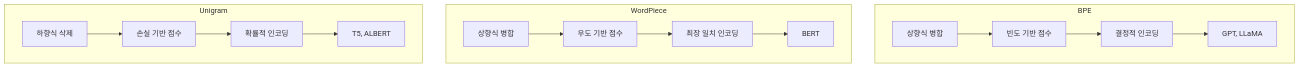
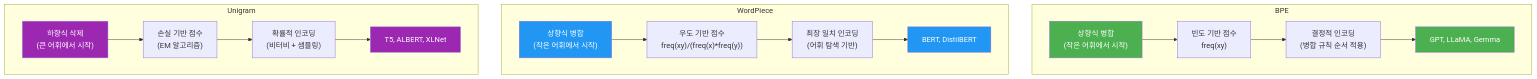
Before and after one commit to jsonpassion/forge-tutorial-llm: the fifth of 5 diagrams in 15-ch15-서브워드-토크나이제이션/03-03-wordpiece와-unigram.md, drawn with Mermaid. The commit also changed other lines of this file and 5 other files, not shown here.

````diff
--- a/15-ch15-서브워드-토크나이제이션/03-03-wordpiece와-unigram.md
+++ b/15-ch15-서브워드-토크나이제이션/03-03-wordpiece와-unigram.md
@@ -61,18 +599,25 @@
 ```mermaid
-graph TD
-    subgraph BPE
-        B1["상향식 병합"] --> B2["빈도 기반 점수"]
-        B2 --> B3["결정적 인코딩"]
-        B3 --> B4["GPT, LLaMA"]
+flowchart TD
+    subgraph bpe["BPE"]
+        B1["상향식 병합<br/>(작은 어휘에서 시작)"] --> B2["빈도 기반 점수<br/>freq(xy)"]
+        B2 --> B3["결정적 인코딩<br/>(병합 규칙 순서 적용)"]
+        B3 --> B4["GPT, LLaMA, Gemma"]
     end
-    subgraph WordPiece
-        W1["상향식 병합"] --> W2["우도 기반 점수"]
-        W2 --> W3["최장 일치 인코딩"]
-        W3 --> W4["BERT"]
+    subgraph wp["WordPiece"]
+        W1["상향식 병합<br/>(작은 어휘에서 시작)"] --> W2["우도 기반 점수<br/>freq(xy)/(freq(x)*freq(y))"]
+        W2 --> W3["최장 일치 인코딩<br/>(어휘 탐색 기반)"]
+        W3 --> W4["BERT, DistilBERT"]
     end
-    subgraph Unigram
-        U1["하향식 삭제"] --> U2["손실 기반 점수"]
-        U2 --> U3["확률적 인코딩"]
-        U3 --> U4["T5, ALBERT"]
+    subgraph uni["Unigram"]
+        U1["하향식 삭제<br/>(큰 어휘에서 시작)"] --> U2["손실 기반 점수<br/>(EM 알고리즘)"]
+        U2 --> U3["확률적 인코딩<br/>(비터비 + 샘플링)"]
+        U3 --> U4["T5, ALBERT, XLNet"]
     end
+
+    style B1 fill:#4CAF50,color:#fff
+    style W1 fill:#2196F3,color:#fff
+    style U1 fill:#9C27B0,color:#fff
+    style B4 fill:#4CAF50,color:#fff
+    style W4 fill:#2196F3,color:#fff
+    style U4 fill:#9C27B0,color:#fff
 ```
````
